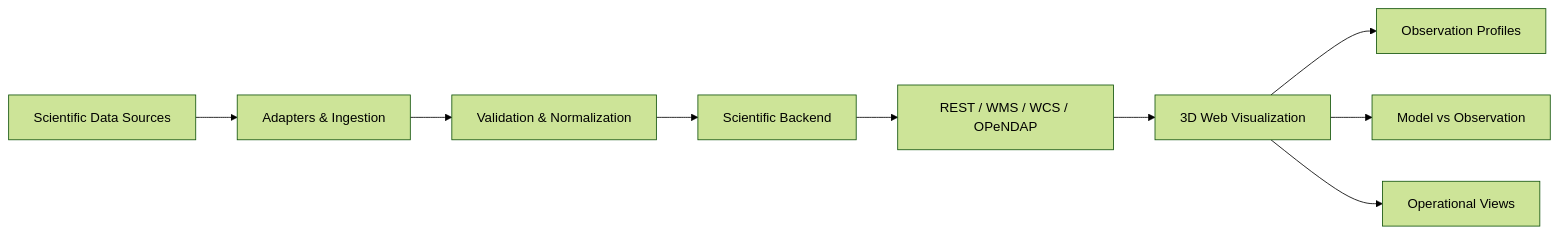
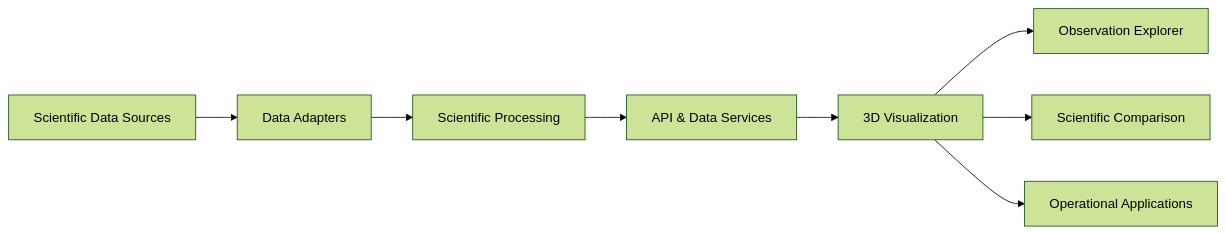
Before and after one commit to sihfinal/dhrishti-3d: the diagram in README.md, drawn with Mermaid (forest theme). The commit also changed other lines of this file, not shown here.

````diff
--- a/README.md
+++ b/README.md
@@ -149,21 +478,20 @@
 ```mermaid
 flowchart LR
+
     A["Scientific Data Sources"]
-    B["Adapters & Ingestion"]
-    C["Validation & Normalization"]
-    D["Scientific Backend"]
-    E["REST / WMS / WCS / OPeNDAP"]
-    F["3D Web Visualization"]
-    G["Observation Profiles"]
-    H["Model vs Observation"]
-    I["Operational Views"]
+    B["Data Adapters"]
+    C["Scientific Processing"]
+    D["API & Data Services"]
+    E["3D Visualization"]
+    F["Observation Explorer"]
+    G["Scientific Comparison"]
+    H["Operational Applications"]
 
     A --> B
     B --> C
     C --> D
     D --> E
     E --> F
-    F --> G
-    F --> H
-    F --> I
+    E --> G
+    E --> H
 ```
````
